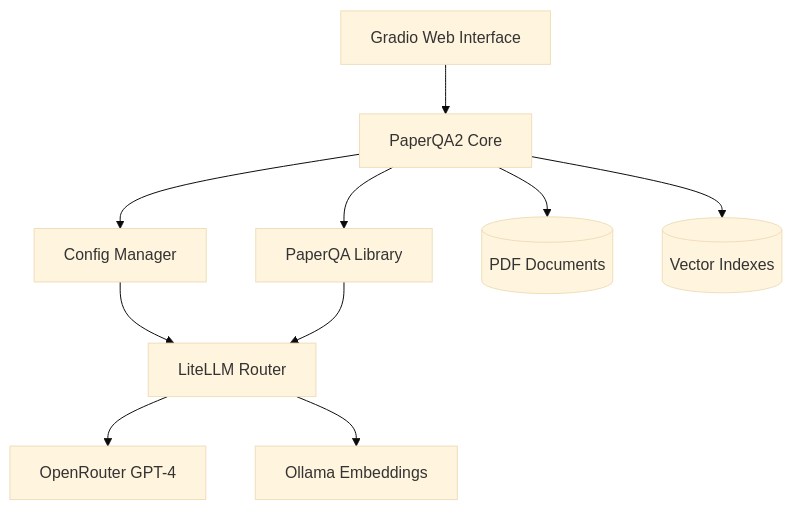
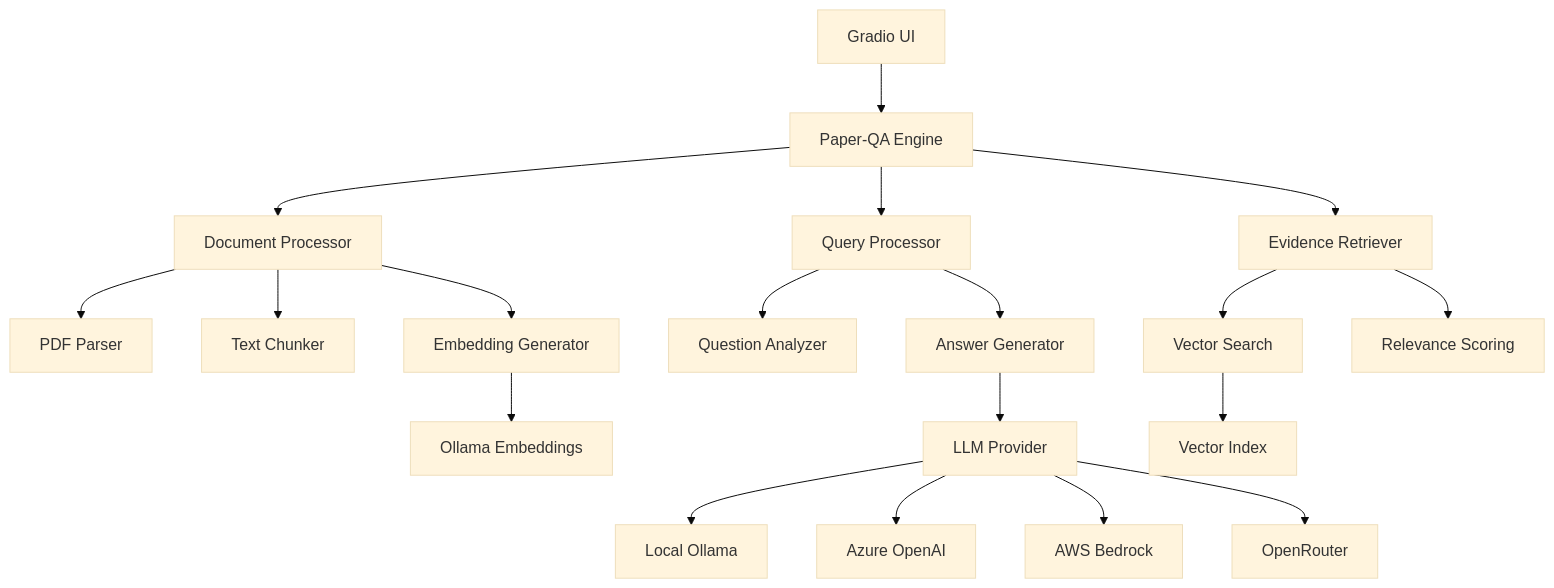
Before and after one commit to usathyan/paper-qa-ui: the first of 5 diagrams in DEVELOPER.md, drawn with Mermaid (base theme). The commit also changed other lines of this file and 4 other files, not shown here.

````diff
--- a/DEVELOPER.md
+++ b/DEVELOPER.md
@@ -5,26 +7,26 @@
 ```mermaid
 graph TB
-    UI[Gradio Web Interface]
-    CORE[PaperQA2 Core]
-    CONFIG[Config Manager]
-    PAPERQA[PaperQA Library]
-    LITELLM[LiteLLM Router]
+    A[Gradio UI] --> B[Paper-QA Engine]
+    B --> C[Document Processor]
+    B --> D[Query Processor]
+    B --> E[Evidence Retriever]
     
-    LLM[OpenRouter GPT-4]
-    EMB[Ollama Embeddings]
+    C --> F[PDF Parser]
+    C --> G[Text Chunker]
+    C --> H[Embedding Generator]
     
-    PAPERS[(PDF Documents)]
-    INDEXES[(Vector Indexes)]
+    D --> I[Question Analyzer]
+    D --> J[Answer Generator]
     
-    UI --> CORE
-    CORE --> CONFIG
-    CORE --> PAPERQA
-    CORE --> PAPERS
-    CORE --> INDEXES
+    E --> K[Vector Search]
+    E --> L[Relevance Scoring]
     
-    CONFIG --> LITELLM
-    PAPERQA --> LITELLM
+    H --> M[Ollama Embeddings]
+    J --> N[LLM Provider]
+    K --> O[Vector Index]
     
-    LITELLM --> LLM
-    LITELLM --> EMB
+    N --> P[Local Ollama]
+    N --> Q[Azure OpenAI]
+    N --> R[AWS Bedrock]
+    N --> S[OpenRouter]
 ```
````
